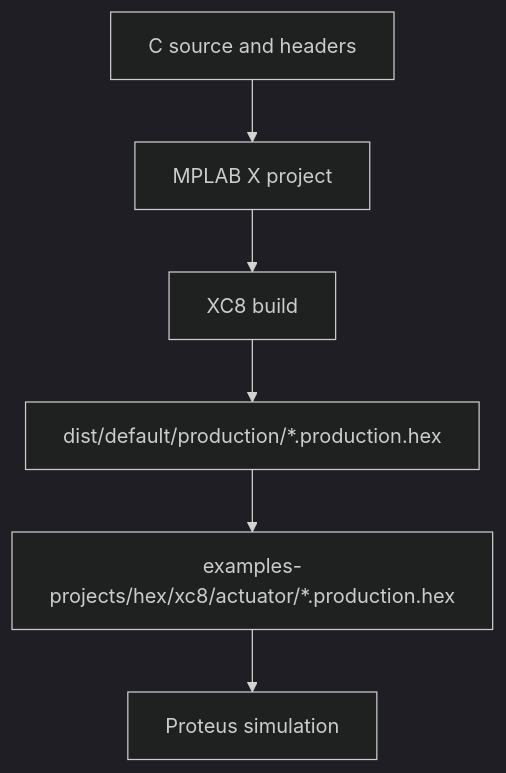
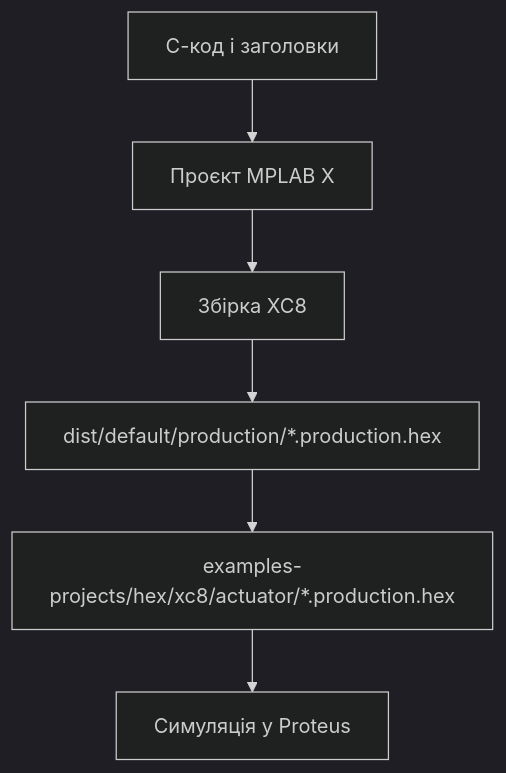
One commit to anatoliWeb/pic-platform changed the ninth of 9 diagrams in docs/libraries/actuator/position_drive.ua.md. Above: the diagram before and after it, drawn with Mermaid (dark theme). The commit also changed other lines of this file and 3 other files, not shown here.

First line of the commit message:
docs(position-drive): translate Mermaid labels to Ukrainian in UA docs

````diff
--- a/docs/libraries/actuator/position_drive.ua.md
+++ b/docs/libraries/actuator/position_drive.ua.md
@@ -393,8 +392,8 @@
 ```mermaid
 flowchart TD
-    SRC[C source and headers] --> MPLAB[MPLAB X project]
-    MPLAB --> BUILD[XC8 build]
+    SRC[С-код і заголовки] --> MPLAB[Проєкт MPLAB X]
+    MPLAB --> BUILD[Збірка XC8]
     BUILD --> DIST[dist/default/production/*.production.hex]
     DIST --> ART[examples-projects/hex/xc8/actuator/*.production.hex]
-    ART --> PROTEUS[Proteus simulation]
+    ART --> PROTEUS[Симуляція у Proteus]
 ```
````
